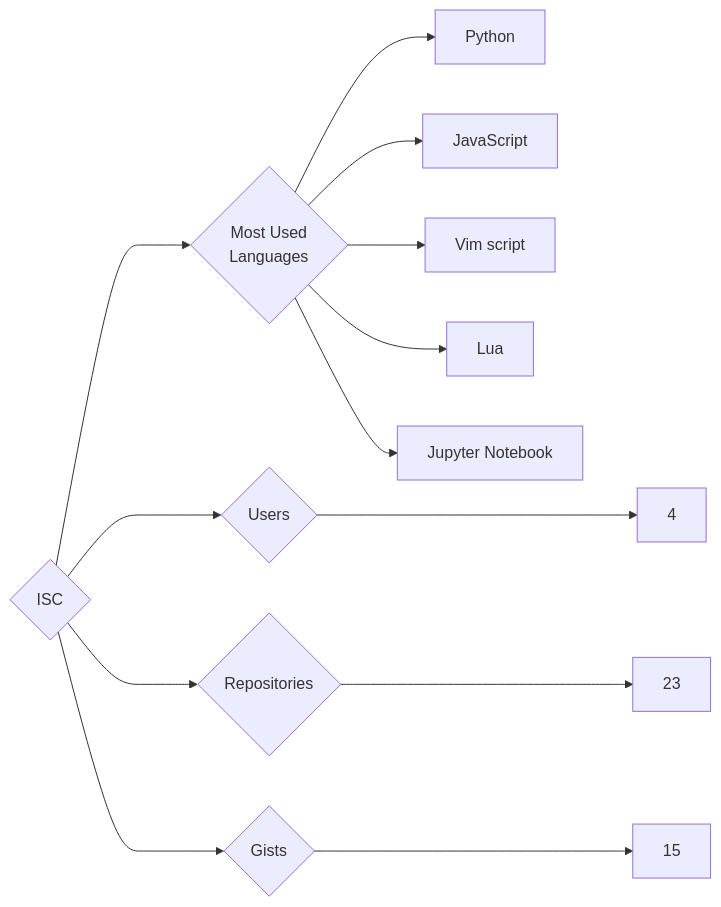
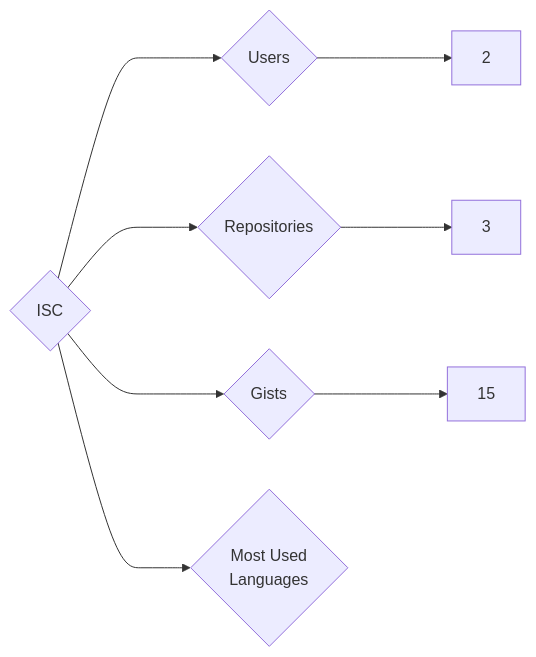
One commit to trickest/insiders changed the diagram in targets/ISC/README.md. Above: the diagram before and after it, drawn with Mermaid. The commit also changed 895 other files, not shown here.

````diff
--- a/targets/ISC/README.md
+++ b/targets/ISC/README.md
@@ -3,13 +3,8 @@
 ```mermaid
 graph LR
 COMPANY_NAME{ISC}
-COMPANY_NAME ---> U{Users} ---> UN[4]
-COMPANY_NAME ---> R{Repositories} ---> RN[23]
+COMPANY_NAME ---> U{Users} ---> UN[2]
+COMPANY_NAME ---> R{Repositories} ---> RN[3]
 COMPANY_NAME ---> G{Gists} ---> GN[15]
 COMPANY_NAME ---> ML{Most Used<br>Languages}
-ML --> Python[Python]
-ML --> JavaScript[JavaScript]
-ML --> Vim_script[Vim script]
-ML --> Lua[Lua]
-ML --> Jupyter_Notebook[Jupyter Notebook]
 ```
````
